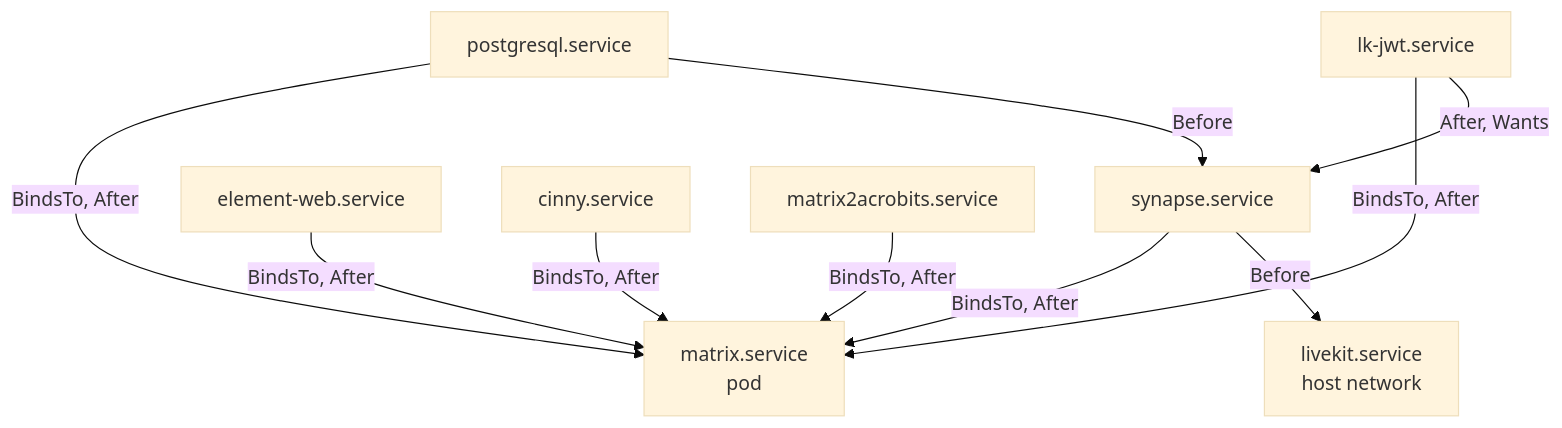
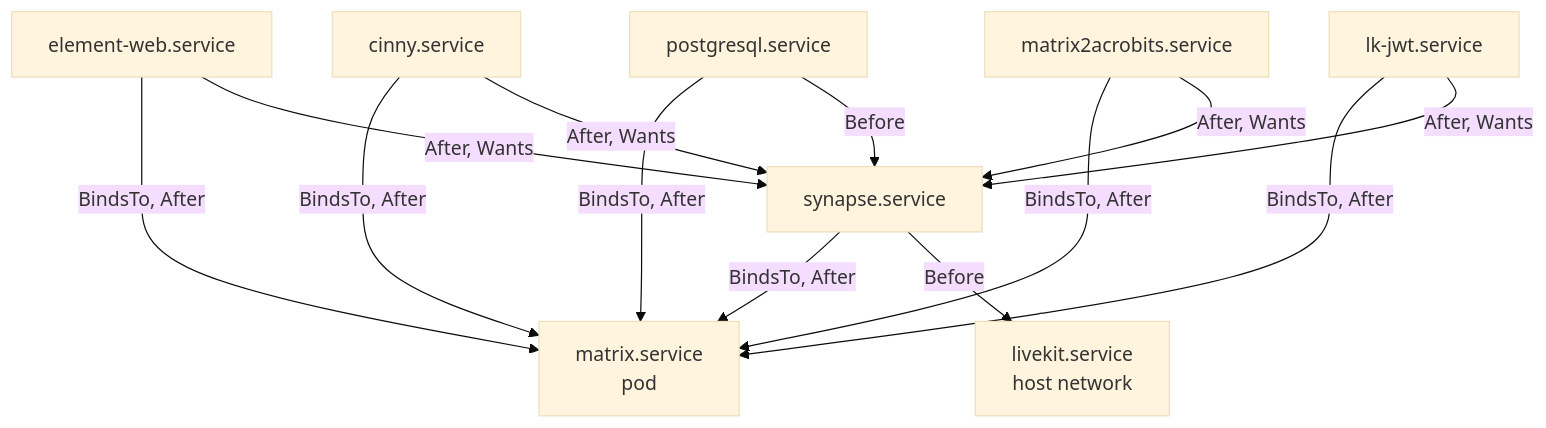
One commit to NethServer/ns8-matrix changed the third of 5 diagrams in docs/architecture.md. Above: the diagram before and after it, drawn with Mermaid (base theme). The commit also changed other lines of this file and 3 other files, not shown here.

````diff
--- a/docs/architecture.md
+++ b/docs/architecture.md
@@ -146,20 +147,23 @@
 ```mermaid
 flowchart TB
     MX[matrix.service<br/>pod]
     PG[postgresql.service]
     SY[synapse.service]
     EW[element-web.service]
     CI[cinny.service]
     MA[matrix2acrobits.service]
     LJ[lk-jwt.service]
     LK[livekit.service<br/>host network]
     PG -- "BindsTo, After" --> MX
     SY -- "BindsTo, After" --> MX
     EW -- "BindsTo, After" --> MX
     CI -- "BindsTo, After" --> MX
     MA -- "BindsTo, After" --> MX
     LJ -- "BindsTo, After" --> MX
+    EW -- "After, Wants" --> SY
+    CI -- "After, Wants" --> SY
+    MA -- "After, Wants" --> SY
     LJ -- "After, Wants" --> SY
     SY -- "Before" --> LK
     PG -- "Before" --> SY
 ```
````
